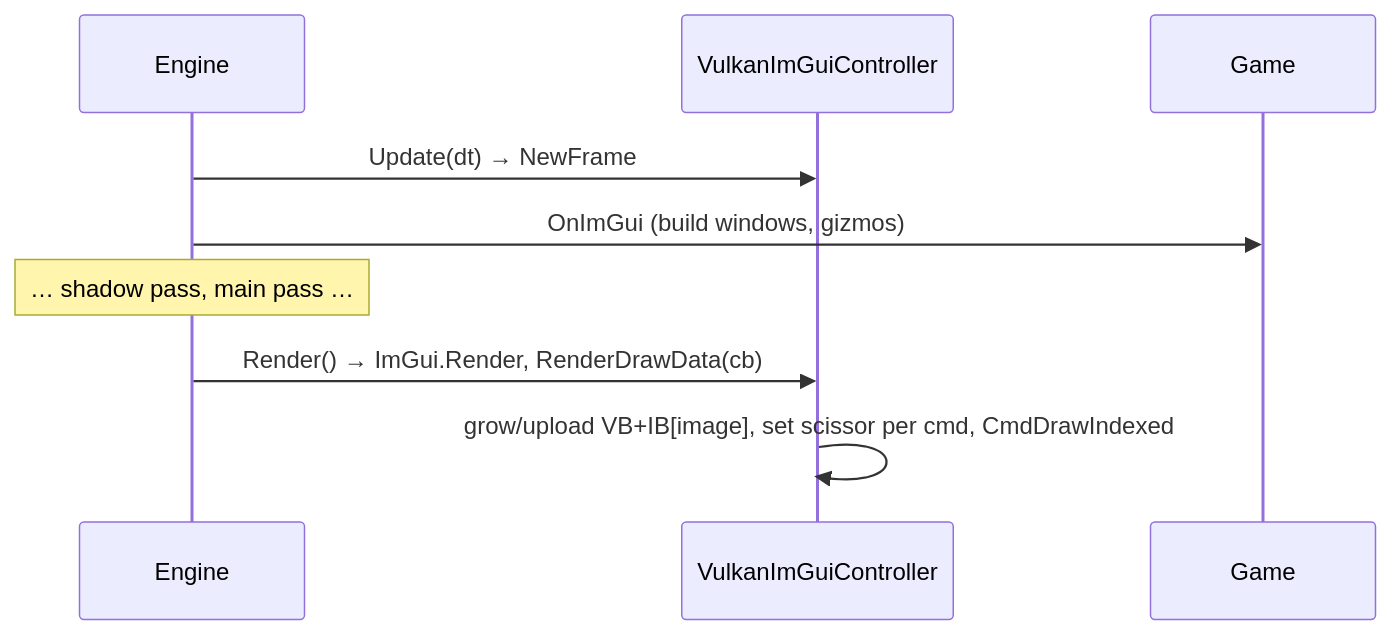
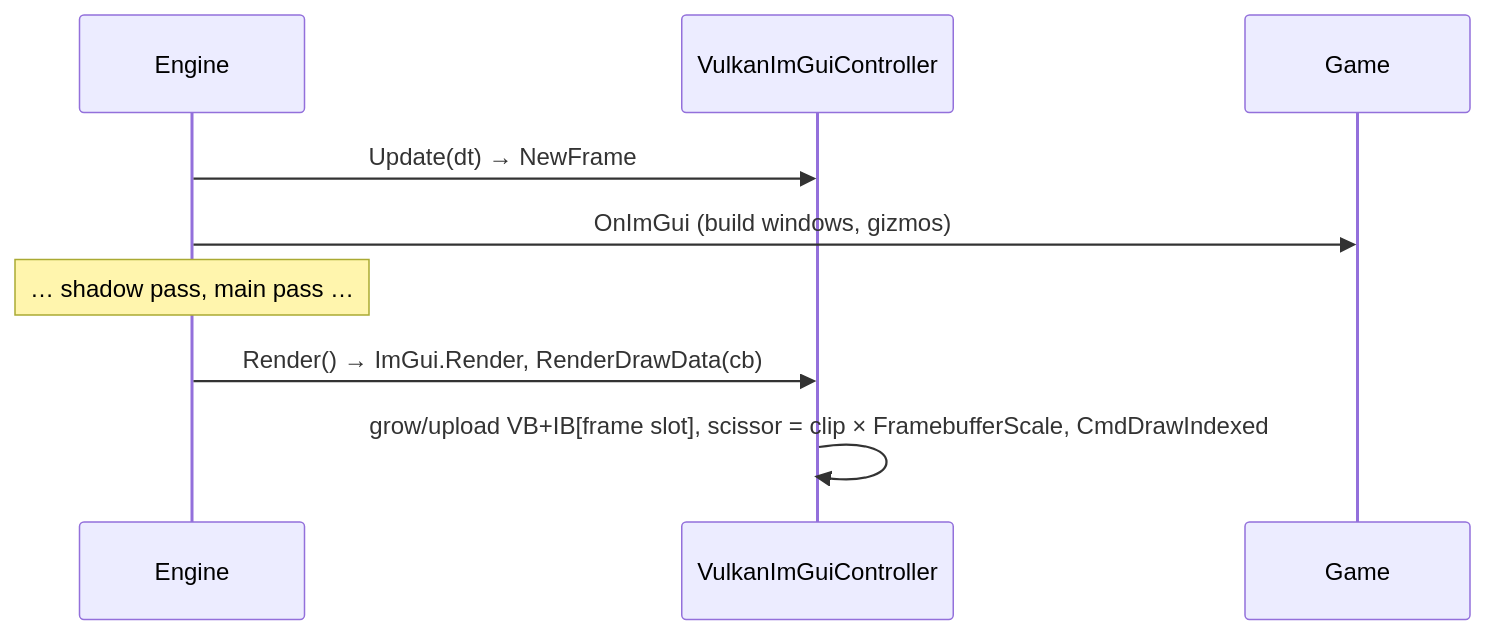
Before and after one commit to Mainframe-Games/mainframe-engine: the diagram in docs/design/imgui-and-debug-tools.md, drawn with Mermaid. The commit also changed other lines of this file and 14 other files, not shown here.

````diff
--- a/docs/design/imgui-and-debug-tools.md
+++ b/docs/design/imgui-and-debug-tools.md
@@ -24,11 +25,11 @@
 ```mermaid
 sequenceDiagram
     participant E as Engine
     participant C as VulkanImGuiController
     participant G as Game
     E->>C: Update(dt) → NewFrame
     E->>G: OnImGui (build windows, gizmos)
     Note over E: … shadow pass, main pass …
     E->>C: Render() → ImGui.Render, RenderDrawData(cb)
-    C->>C: grow/upload VB+IB[image], set scissor per cmd, CmdDrawIndexed
+    C->>C: grow/upload VB+IB[frame slot], scissor = clip × FramebufferScale, CmdDrawIndexed
 ```
````
